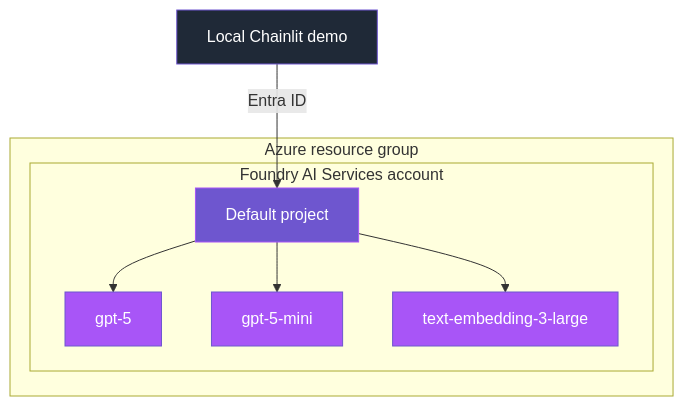
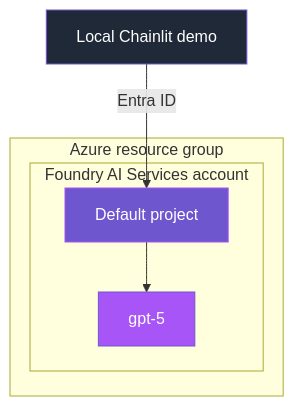
One commit to doruit/forged-with-foundry changed the diagram in infra/README.md. Above: the diagram before and after it, drawn with Mermaid. The commit also changed other lines of this file and 23 other files, not shown here.

````diff
--- a/infra/README.md
+++ b/infra/README.md
@@ -23,28 +30,24 @@
 ```mermaid
 flowchart TB
   DEV[Local Chainlit demo]
 
   subgraph RG[Azure resource group]
     subgraph F[Foundry AI Services account]
       P[Default project]
       G5[gpt-5]
-      G5M[gpt-5-mini]
-      E[text-embedding-3-large]
       P --> G5
-      P --> G5M
-      P --> E
     end
 
   end
 
   DEV -->|Entra ID| P
 
   classDef governance fill:#6E56CF,stroke:#A855F7,color:#FFFFFF
   classDef platform fill:#3B82F6,stroke:#00D4FF,color:#FFFFFF
   classDef evidence fill:#00D4FF,stroke:#3B82F6,color:#0D1117
   classDef intelligence fill:#A855F7,stroke:#6E56CF,color:#FFFFFF
   classDef neutral fill:#1F2937,stroke:#6E56CF,color:#FFFFFF
   class DEV neutral
   class P governance
-  class G5,G5M,E intelligence
+  class G5 intelligence
 ```
````
